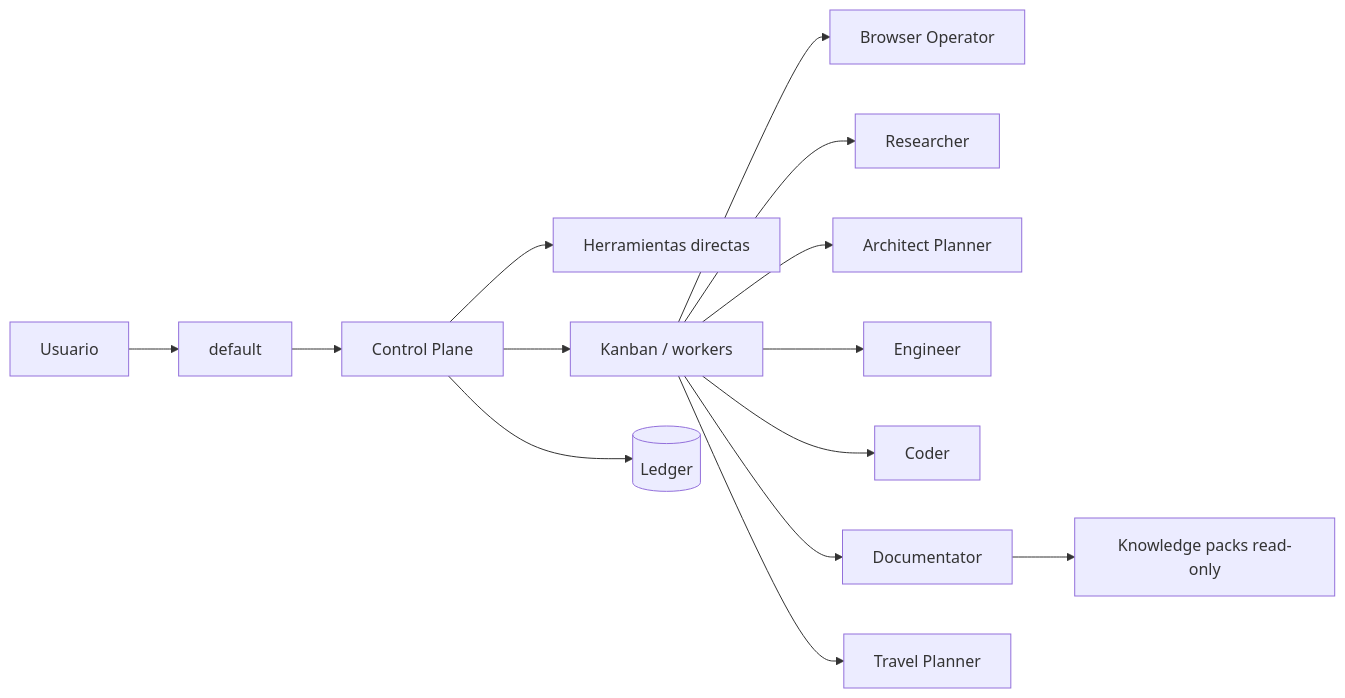
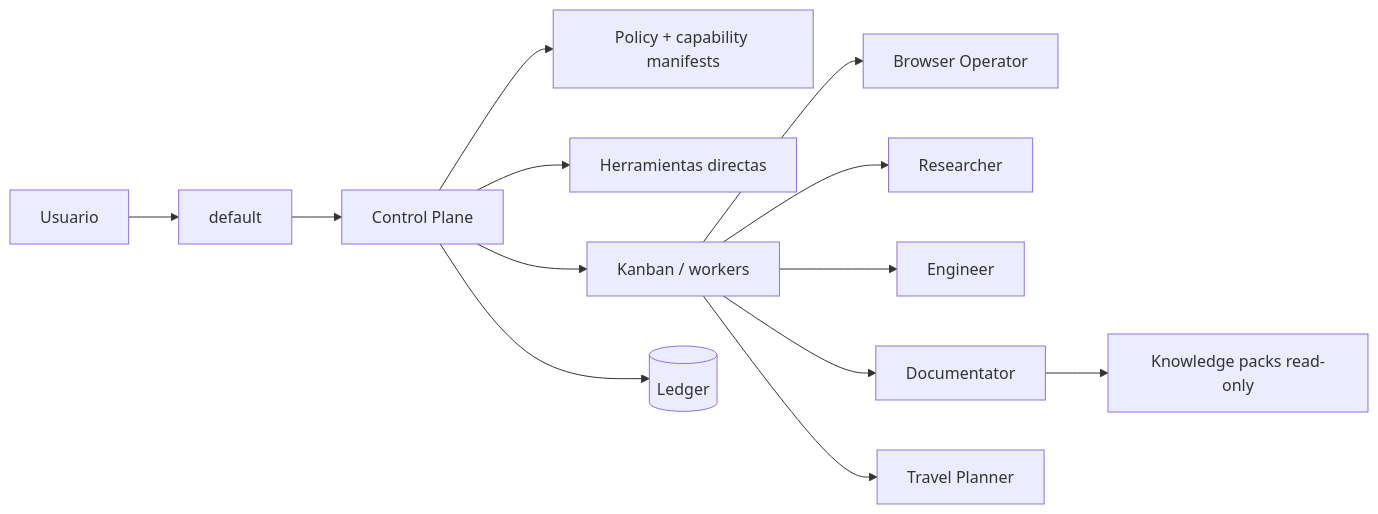
Before and after one commit to lag0nia/hermes-harness: the diagram in architecture/diagrams/system.mmd, drawn with Mermaid. The commit also changed 67 other files, not shown here.

```diff
--- a/architecture/diagrams/system.mmd
+++ b/architecture/diagrams/system.mmd
@@ -1,14 +1,13 @@
 flowchart LR
  U[Usuario] --> D[default]
  D --> CP[Control Plane]
+ CP --> P[Policy + capability manifests]
  CP --> T[Herramientas directas]
  CP --> K[Kanban / workers]
  K --> B[Browser Operator]
  K --> R[Researcher]
- K --> A[Architect Planner]
  K --> E[Engineer]
- K --> C[Coder]
  K --> X[Documentator]
  K --> V[Travel Planner]
  X --> KP[Knowledge packs read-only]
  CP --> L[(Ledger)]
```
